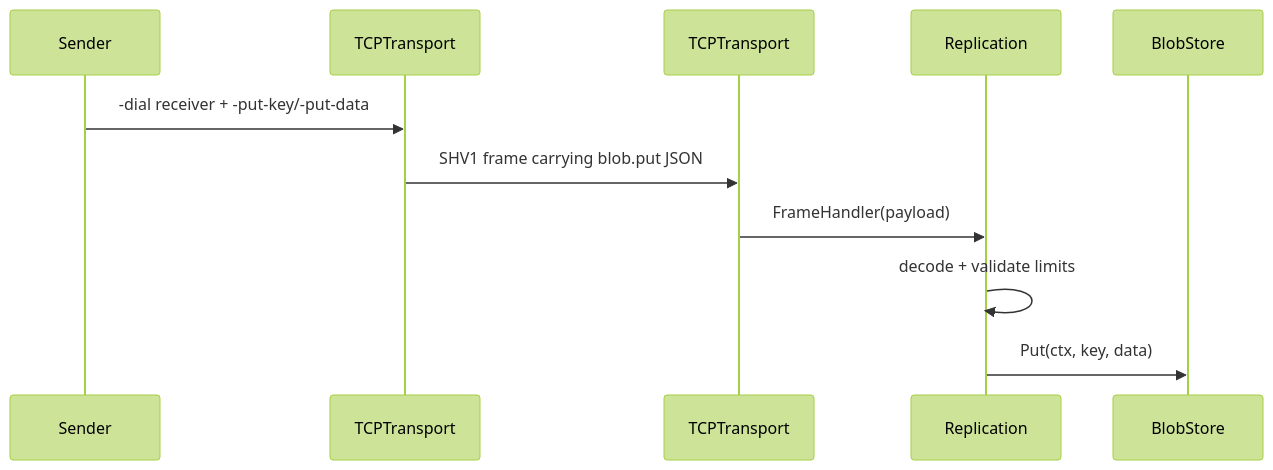
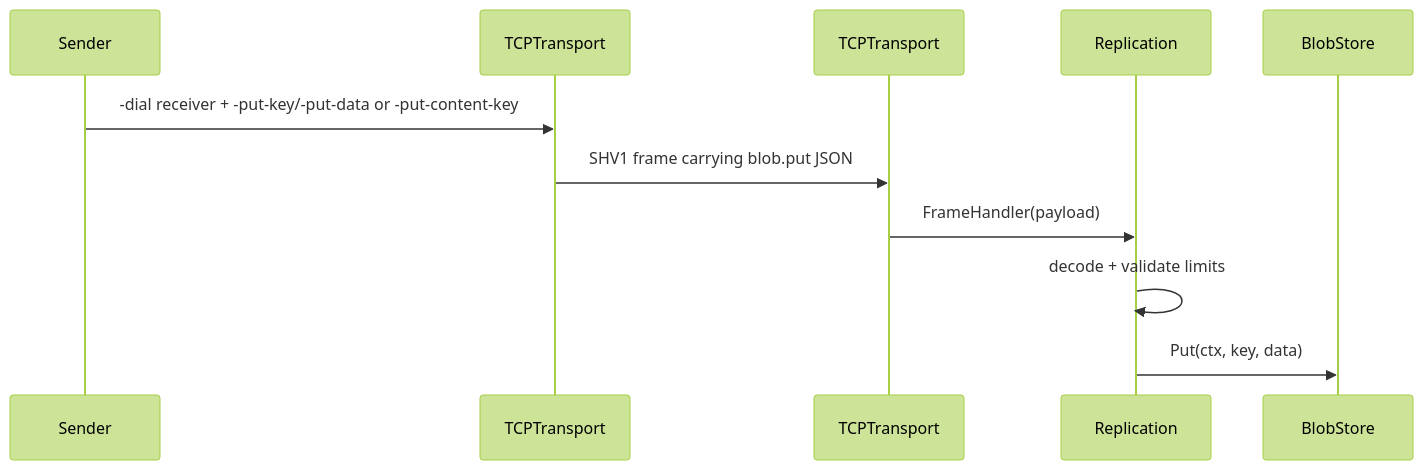
The fourth of 4 diagrams in docs/ARCHITECTURE.md (AlisinaDevelo/StreamHive), drawn with Mermaid (forest theme) before and after one commit. The commit also changed other lines of this file and 6 other files, not shown here.

Commit message:
feat: add content-addressed put flag

````diff
--- a/docs/ARCHITECTURE.md
+++ b/docs/ARCHITECTURE.md
@@ -117,14 +117,14 @@
 ```mermaid
 sequenceDiagram
   participant Sender
   participant SenderTransport as TCPTransport
   participant ReceiverTransport as TCPTransport
   participant Replication
   participant Store as BlobStore
 
-  Sender->>SenderTransport: -dial receiver + -put-key/-put-data
+  Sender->>SenderTransport: -dial receiver + -put-key/-put-data or -put-content-key
   SenderTransport->>ReceiverTransport: SHV1 frame carrying blob.put JSON
   ReceiverTransport->>Replication: FrameHandler(payload)
   Replication->>Replication: decode + validate limits
   Replication->>Store: Put(ctx, key, data)
 ```
````
